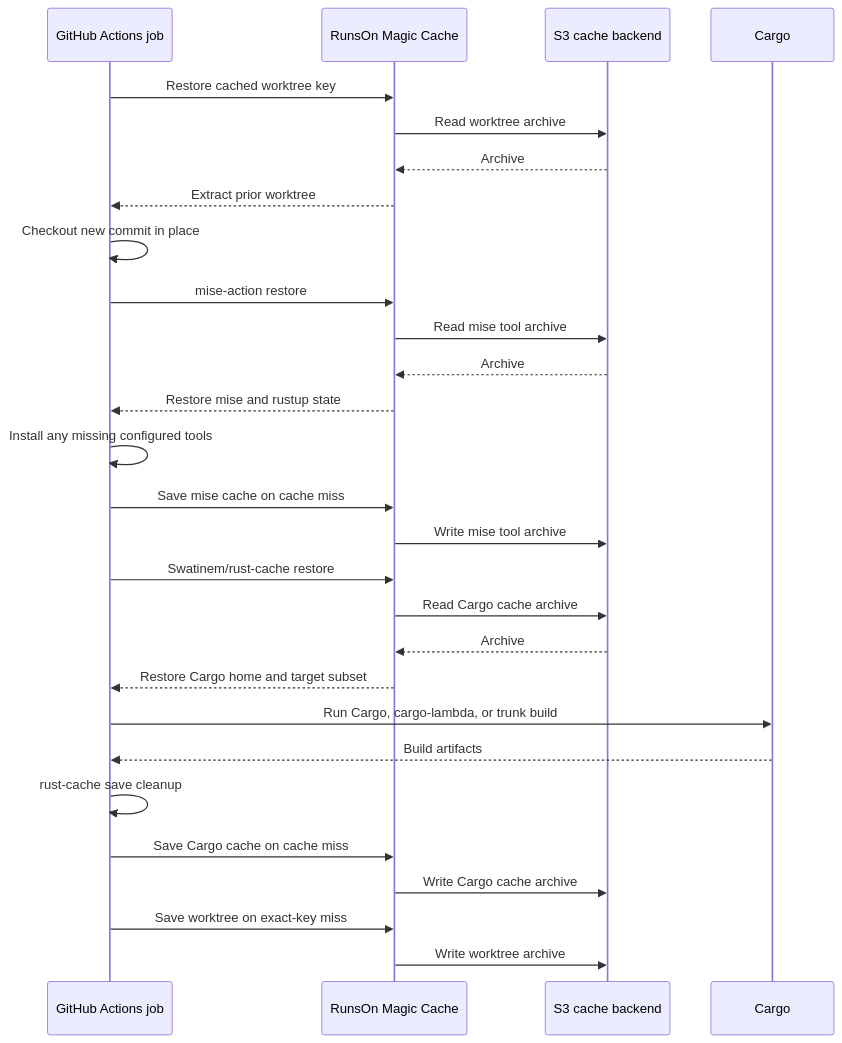
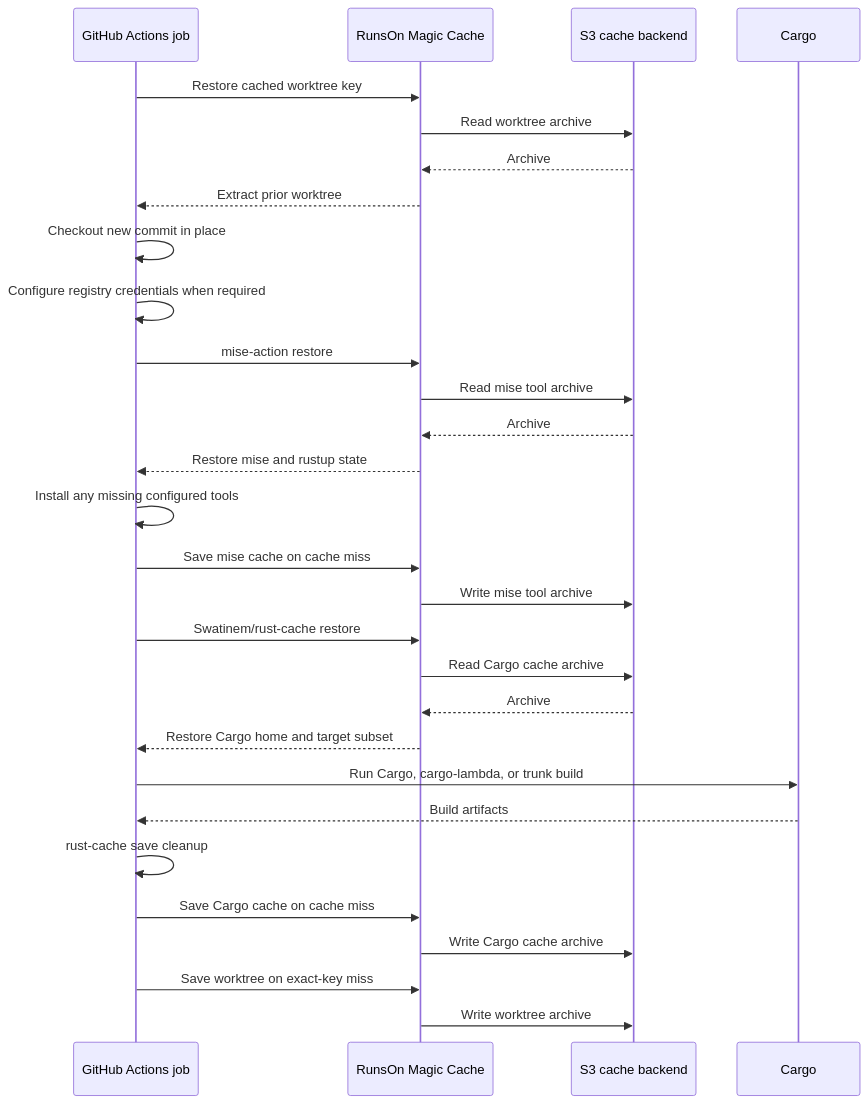
Before and after one commit to garysassano/cargo-ci-cache-archive: the second of 2 diagrams in docs/deployments/runs-on/README.md, drawn with Mermaid. The commit also changed 3 other files, not shown here.

Commit message:
Align Mermaid diagrams with cache guidance

````diff
--- a/docs/deployments/runs-on/README.md
+++ b/docs/deployments/runs-on/README.md
@@ -79,35 +79,36 @@
 ```mermaid
 sequenceDiagram
     participant Job as GitHub Actions job
     participant Magic as RunsOn Magic Cache
     participant S3 as S3 cache backend
     participant Cargo as Cargo
 
     Job->>Magic: Restore cached worktree key
     Magic->>S3: Read worktree archive
     S3-->>Magic: Archive
     Magic-->>Job: Extract prior worktree
     Job->>Job: Checkout new commit in place
+    Job->>Job: Configure registry credentials when required
 
     Job->>Magic: mise-action restore
     Magic->>S3: Read mise tool archive
     S3-->>Magic: Archive
     Magic-->>Job: Restore mise and rustup state
     Job->>Job: Install any missing configured tools
     Job->>Magic: Save mise cache on cache miss
     Magic->>S3: Write mise tool archive
 
     Job->>Magic: Swatinem/rust-cache restore
     Magic->>S3: Read Cargo cache archive
     S3-->>Magic: Archive
     Magic-->>Job: Restore Cargo home and target subset
 
     Job->>Cargo: Run Cargo, cargo-lambda, or trunk build
     Cargo-->>Job: Build artifacts
 
     Job->>Job: rust-cache save cleanup
     Job->>Magic: Save Cargo cache on cache miss
     Magic->>S3: Write Cargo cache archive
     Job->>Magic: Save worktree on exact-key miss
     Magic->>S3: Write worktree archive
 ```
````
